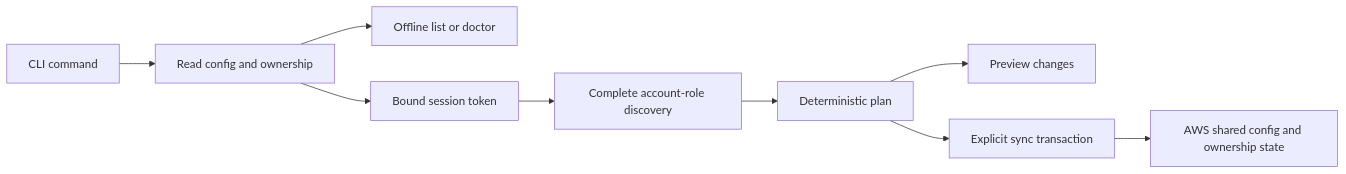
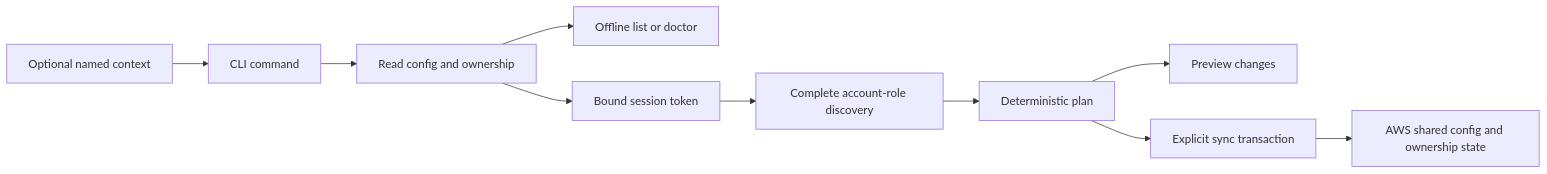
Before and after one commit to LanceSandino/aws-sso-profile-sync: the diagram in docs/architecture.md, drawn with Mermaid. The commit also changed other lines of this file and 3 other files, not shown here.

````diff
--- a/docs/architecture.md
+++ b/docs/architecture.md
@@ -25,11 +26,12 @@
 ```mermaid
 flowchart LR
+    Settings[Optional named context] --> CLI
     CLI[CLI command] --> Read[Read config and ownership]
     Read --> Offline[Offline list or doctor]
     Read --> Auth[Bound session token]
     Auth --> Discover[Complete account-role discovery]
     Discover --> Plan[Deterministic plan]
     Plan --> Review[Preview changes]
     Plan --> Apply[Explicit sync transaction]
     Apply --> Config[AWS shared config and ownership state]
 ```
````
